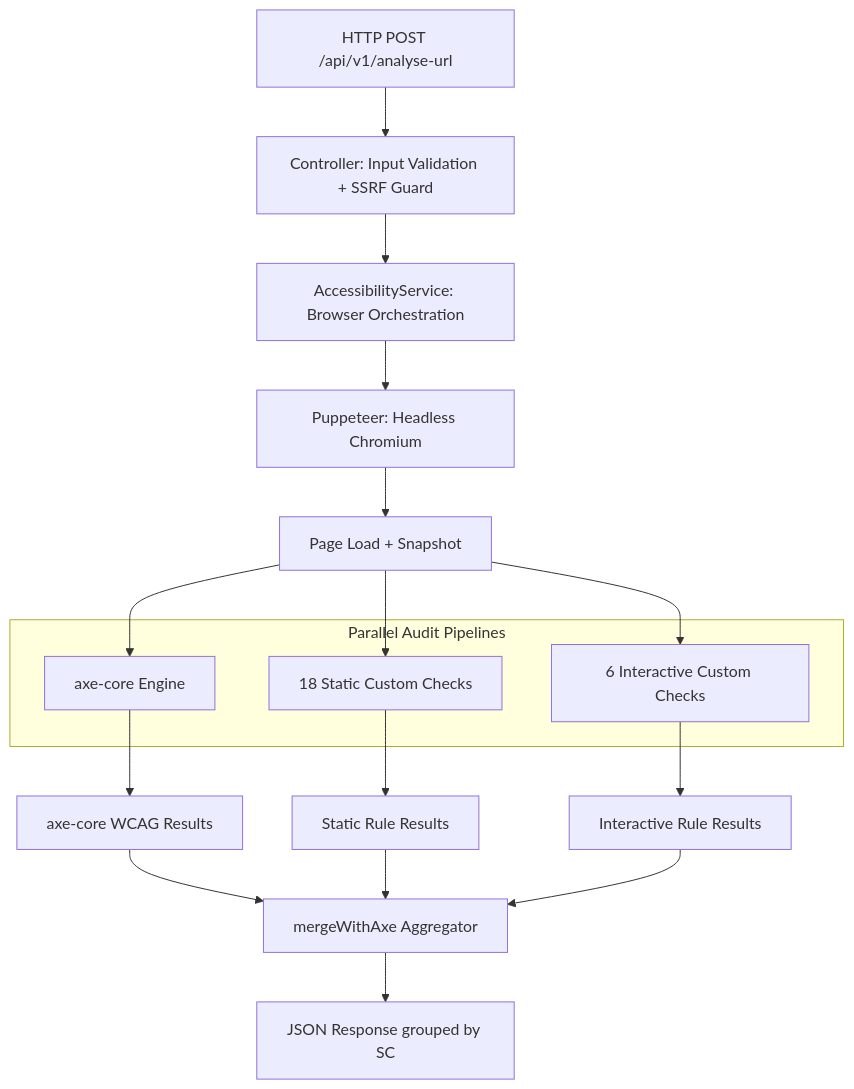
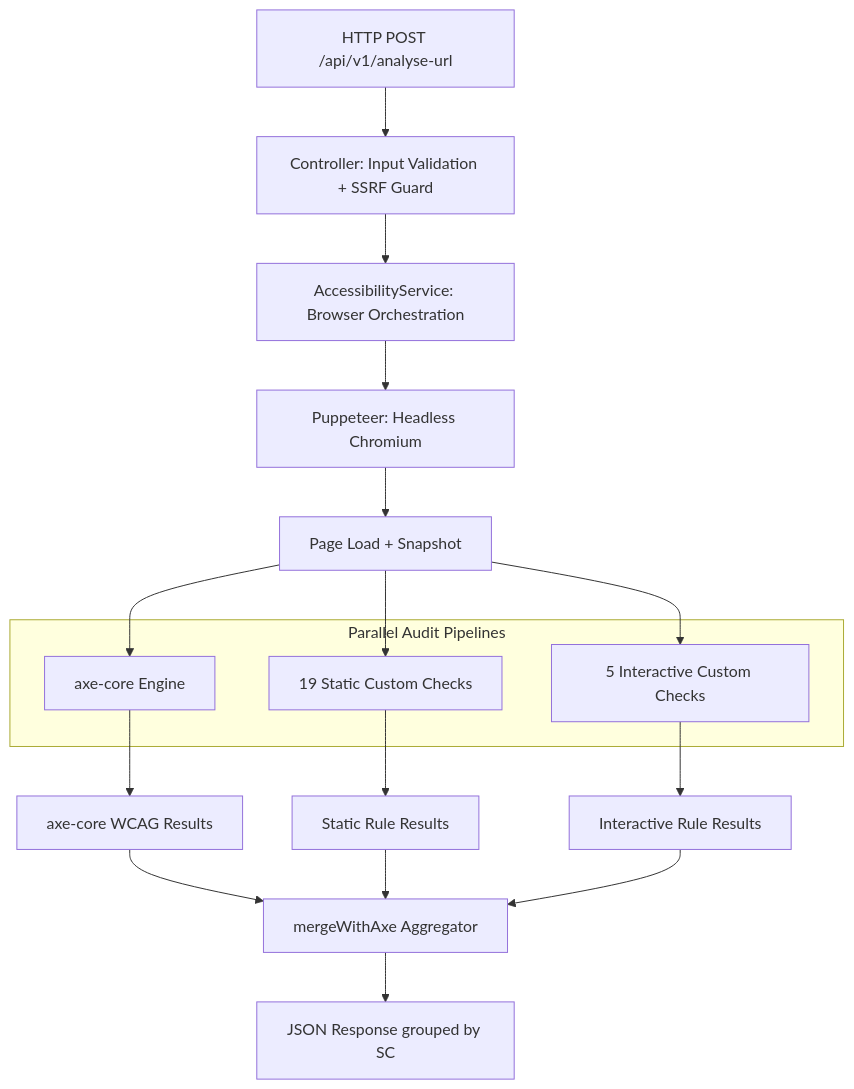
The first of 26 diagrams in ka11y-docs/internals/node-rules-flow-analysis.mdx (Sanjaypranavbc/ka11y), drawn with Mermaid before and after one commit. The commit also changed other lines of this file and 1 other file, not shown here.

Commit message:
updated node rules flow

````diff
--- a/ka11y-docs/internals/node-rules-flow-analysis.mdx
+++ b/ka11y-docs/internals/node-rules-flow-analysis.mdx
@@ -16,24 +16,24 @@
 ```mermaid
 flowchart TD
     A["HTTP POST /api/v1/analyse-url"] --> B["Controller: Input Validation + SSRF Guard"]
     B --> C["AccessibilityService: Browser Orchestration"]
     C --> D["Puppeteer: Headless Chromium"]
     D --> E["Page Load + Snapshot"]
 
     subgraph "Parallel Audit Pipelines"
         F["axe-core Engine"]
-        G["18 Static Custom Checks"]
-        H["6 Interactive Custom Checks"]
+        G["19 Static Custom Checks"]
+        H["5 Interactive Custom Checks"]
     end
 
     E --> F
     E --> G
     E --> H
 
     F --> I["axe-core WCAG Results"]
     G --> J["Static Rule Results"]
     H --> K["Interactive Rule Results"]
 
     I & J & K --> L["mergeWithAxe Aggregator"]
     L --> M["JSON Response grouped by SC"]
 ```
````
